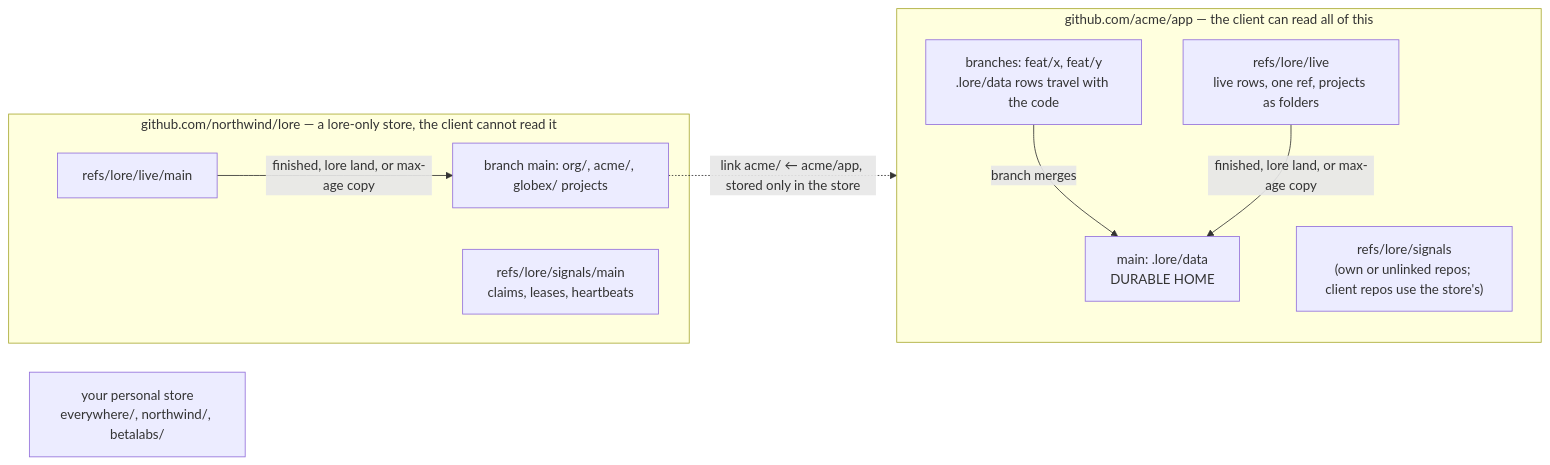
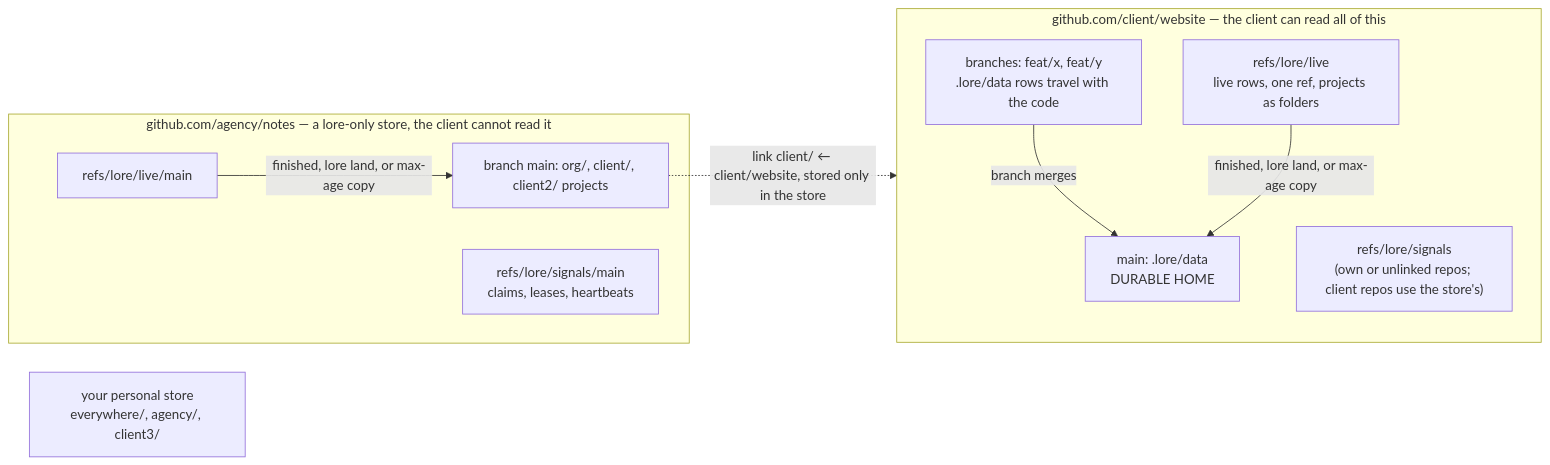
Before and after one commit to thesatellite-ai/lore: the diagram in LORE_TEAM_SPEC.md, drawn with Mermaid. The commit also changed other lines of this file and 159 other files, not shown here.

First line of the commit message:
docs: guides for every feature, learning path, decision guides, reference and architecture diagram

````diff
--- a/LORE_TEAM_SPEC.md
+++ b/LORE_TEAM_SPEC.md
@@ -50,19 +50,19 @@
 ```mermaid
 flowchart LR
-  subgraph CLIENT["github.com/acme/app — the client can read all of this"]
+  subgraph CLIENT["github.com/client/website — the client can read all of this"]
     B["branches: feat/x, feat/y<br/>.lore/data rows travel with the code"]
     M["main: .lore/data<br/>DURABLE HOME"]
     L["refs/lore/live<br/>live rows, one ref, projects as folders"]
     S["refs/lore/signals<br/>(own or unlinked repos; client repos use the store's)"]
   end
-  subgraph STORE["github.com/northwind/lore — a lore-only store, the client cannot read it"]
-    SM["branch main: org/, acme/, globex/ projects"]
+  subgraph STORE["github.com/agency/notes — a lore-only store, the client cannot read it"]
+    SM["branch main: org/, client/, client2/ projects"]
     SL["refs/lore/live/main"]
     SS["refs/lore/signals/main<br/>claims, leases, heartbeats"]
   end
-  P["your personal store<br/>everywhere/, northwind/, betalabs/"]
+  P["your personal store<br/>everywhere/, agency/, client3/"]
   B -- "branch merges" --> M
   L -- "finished, lore land, or max-age copy" --> M
   SL -- "finished, lore land, or max-age copy" --> SM
-  SM -.->|"link acme/ ← acme/app, stored only in the store"| CLIENT
+  SM -.->|"link client/ ← client/website, stored only in the store"| CLIENT
 ```
````
